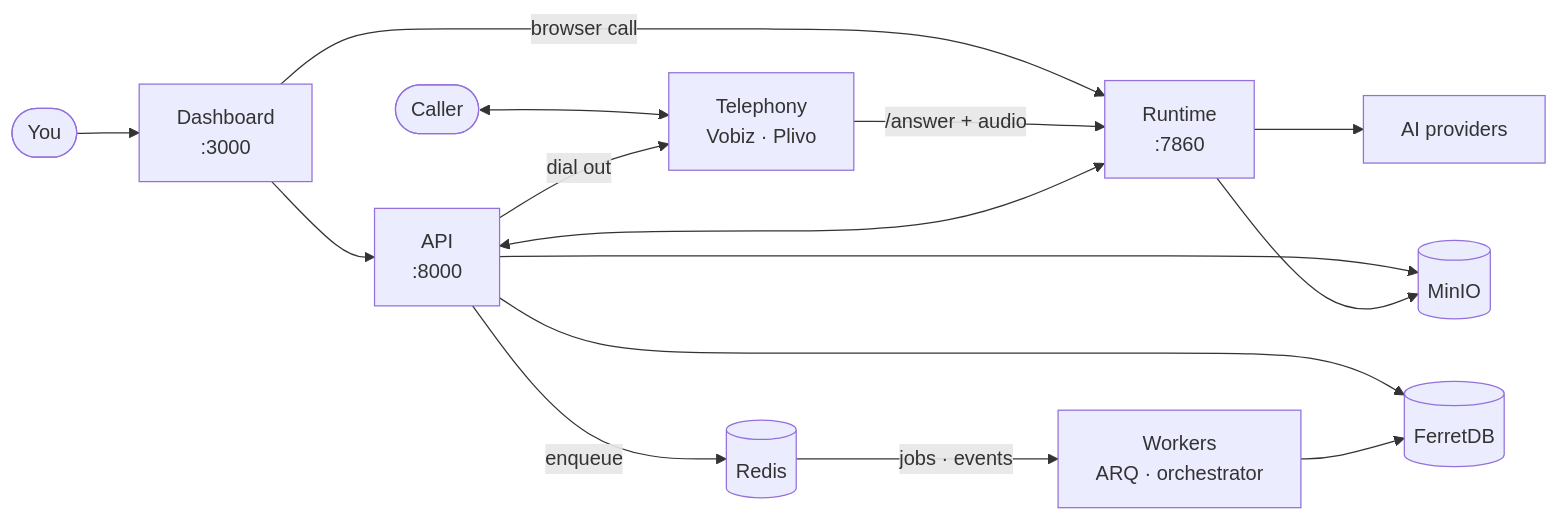
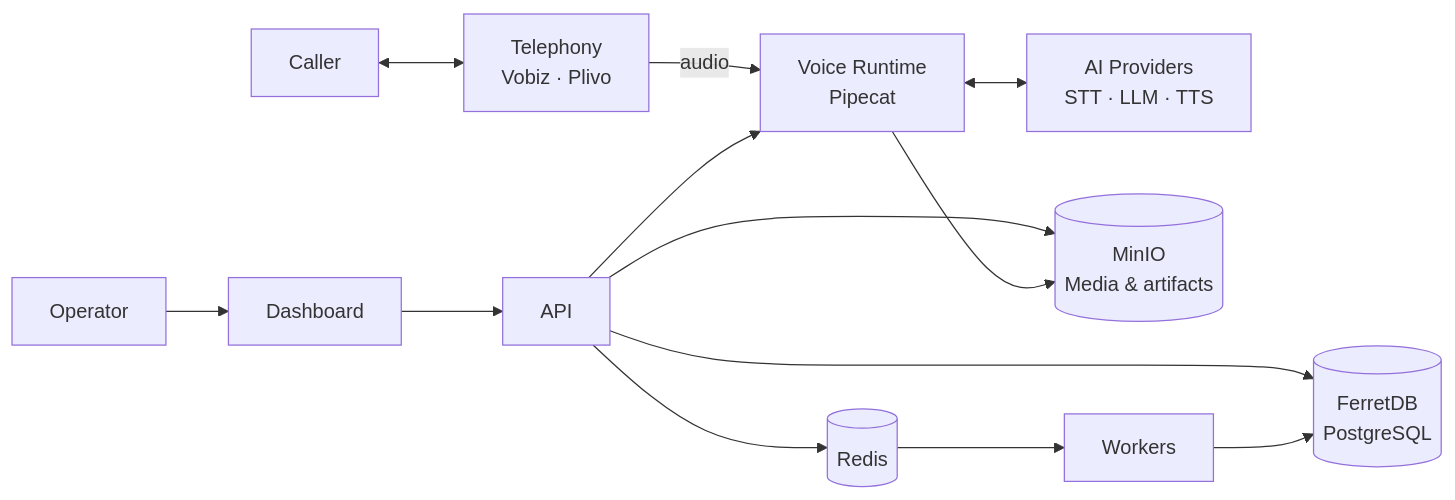
One commit to COSS-India/VoicEra changed the diagram in README.md. Above: the diagram before and after it, drawn with Mermaid. The commit also changed other lines of this file, not shown here.

````diff
--- a/README.md
+++ b/README.md
@@ -54,33 +75,19 @@
 ```mermaid
 flowchart LR
-  User(["You"])
-  Caller(["Caller"])
+  C["Caller"] <--> T["Telephony<br/>Vobiz · Plivo"]
 
-  FE["Dashboard<br/>:3000"]
-  Tel["Telephony<br/>Vobiz · Plivo"]
+  T -->|"audio"| R["Voice Runtime<br/>Pipecat"]
+  R <--> P["AI Providers<br/>STT · LLM · TTS"]
 
-  API["API<br/>:8000"]
-  RT["Runtime<br/>:7860"]
-  W["Workers<br/>ARQ · orchestrator"]
+  U["Operator"] --> D["Dashboard"]
+  D --> A["API"]
+  A --> R
 
-  DB[("FerretDB")]
-  Q[("Redis")]
-  S3[("MinIO")]
-  AI["AI providers"]
+  A --> DB[("FerretDB<br/>PostgreSQL")]
+  A --> S[("MinIO<br/>Media & artifacts")]
+  A --> Q[("Redis")]
+  Q --> W["Workers"]
 
-  User --> FE --> API
-  FE -->|"browser call"| RT
-  Caller <--> Tel
-  Tel -->|"/answer + audio"| RT
-  API -->|"dial out"| Tel
-
-  RT <--> API
-  RT --> AI
-
-  API --> DB
-  API --> S3
-  API -->|"enqueue"| Q
-  Q -->|"jobs · events"| W
+  R --> S
   W --> DB
-  RT --> S3
 ```
````
